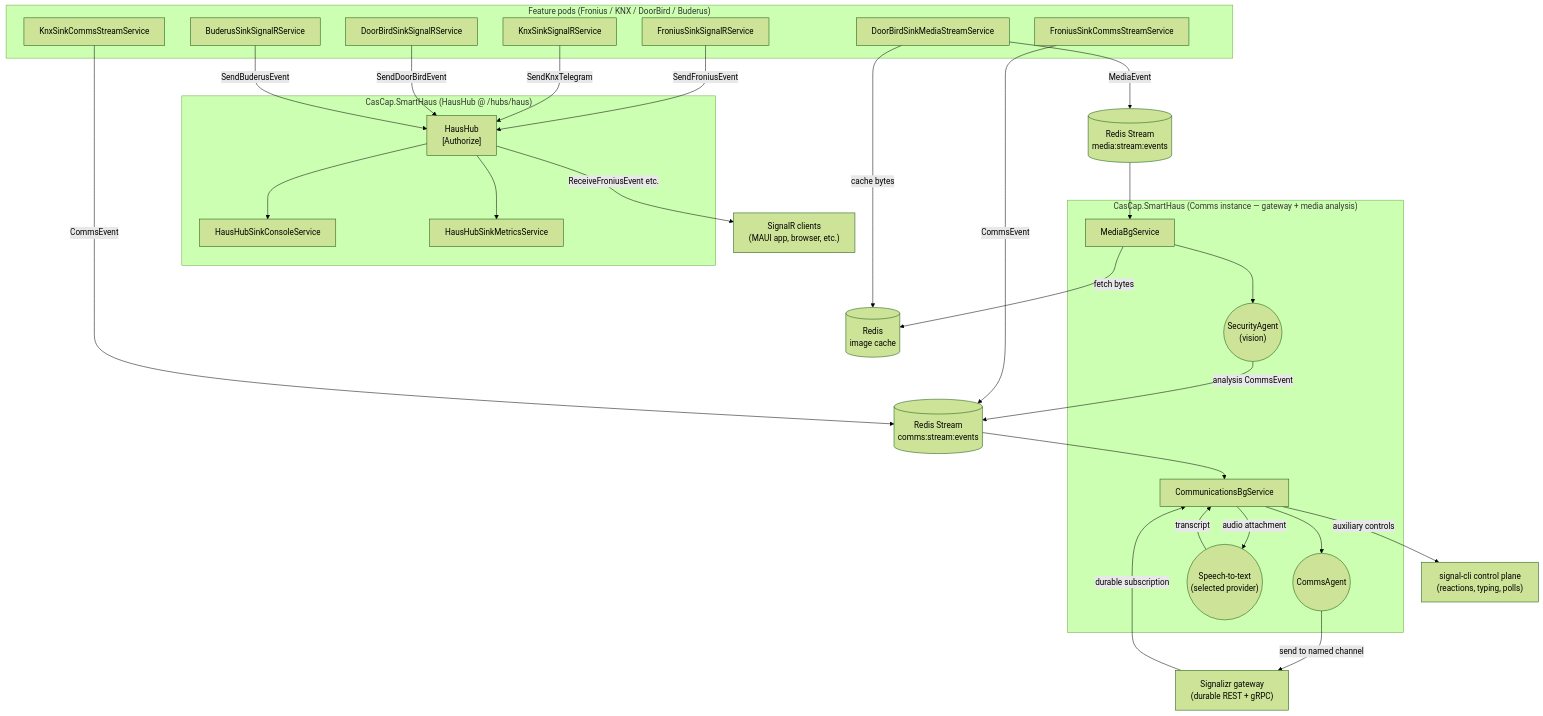
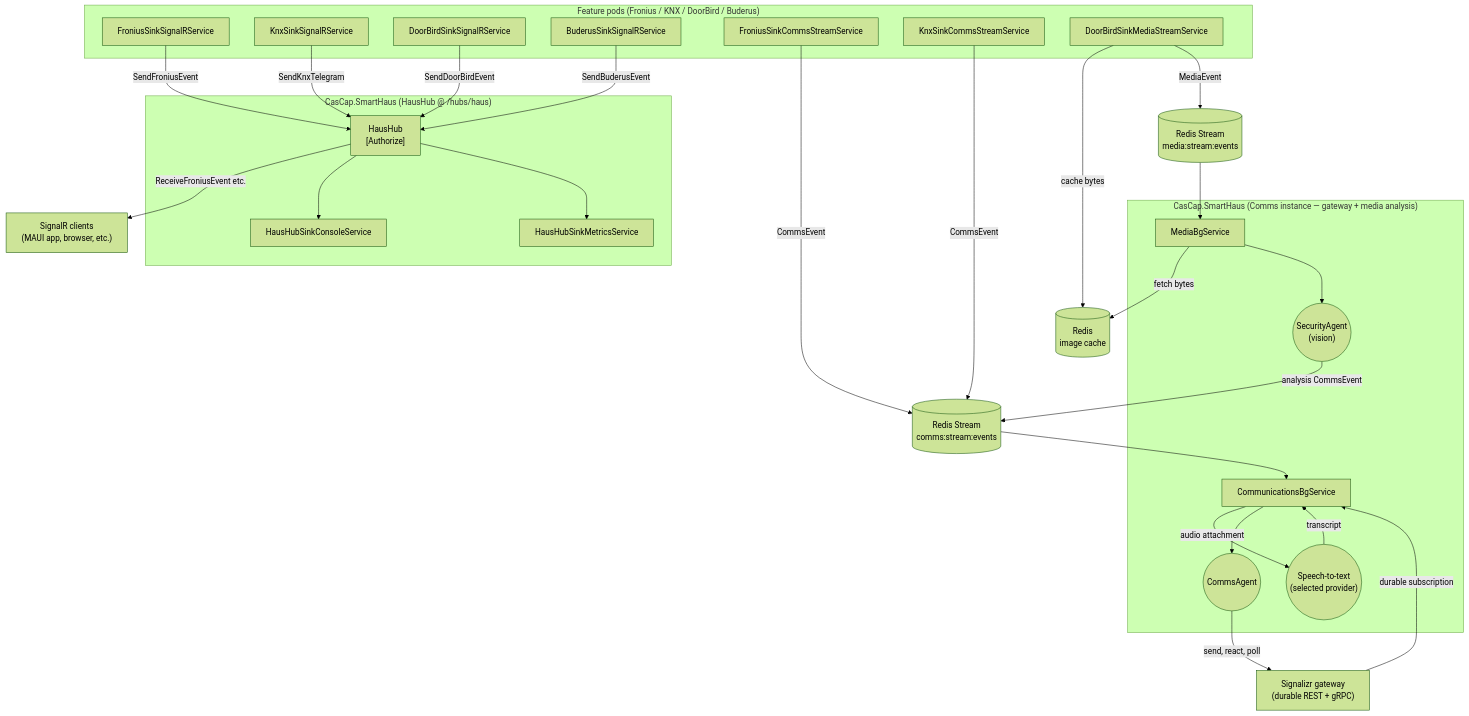
One commit to f2calv/SmartHaus changed the first of 2 diagrams in README.md. Above: the diagram before and after it, drawn with Mermaid (forest theme). The commit also changed other lines of this file and 40 other files, not shown here.

First line of the commit message:
feat(comms): route every Signal operation through Signalizr

````diff
--- a/README.md
+++ b/README.md
@@ -143,63 +139,61 @@
 ```mermaid
 flowchart TD
     subgraph FeaturePods["Feature pods (Fronius / KNX / DoorBird / Buderus)"]
         FRONIUS_SINK["FroniusSinkSignalRService"]
         KNX_SINK["KnxSinkSignalRService"]
         DOORBIRD_SINK["DoorBirdSinkSignalRService"]
         BUDERUS_SINK["BuderusSinkSignalRService"]
         FRONIUS_COMMS["FroniusSinkCommsStreamService"]
         KNX_COMMS["KnxSinkCommsStreamService"]
         DOORBIRD_MEDIA["DoorBirdSinkMediaStreamService"]
     end
 
     subgraph Hub["CasCap.SmartHaus (HausHub @ /hubs/haus)"]
         HAUSHUB["HausHub\n[Authorize]"]
         HUB_CONSOLE["HausHubSinkConsoleService"]
         HUB_METRICS["HausHubSinkMetricsService"]
     end
 
     subgraph Comms["CasCap.SmartHaus (Comms instance — gateway + media analysis)"]
         COMMS_BG["CommunicationsBgService"]
         COMMS_AGENT(("CommsAgent"))
         STT(("Speech-to-text\n(selected provider)"))
         MEDIA_BG["MediaBgService"]
         SECURITY_AGENT(("SecurityAgent\n(vision)"))
     end
 
     MEDIA_STREAM[("Redis Stream\nmedia:stream:events")]
     COMMS_STREAM[("Redis Stream\ncomms:stream:events")]
     REDIS_CACHE[("Redis\nimage cache")]
     CLIENTS["SignalR clients\n(MAUI app, browser, etc.)"]
     SIGNALIZR["Signalizr gateway\n(durable REST + gRPC)"]
-    SIGNALCLI["signal-cli control plane\n(reactions, typing, polls)"]
 
     %% SignalR path
     FRONIUS_SINK -->|SendFroniusEvent| HAUSHUB
     KNX_SINK -->|SendKnxTelegram| HAUSHUB
     DOORBIRD_SINK -->|SendDoorBirdEvent| HAUSHUB
     BUDERUS_SINK -->|SendBuderusEvent| HAUSHUB
     HAUSHUB -->|ReceiveFroniusEvent etc.| CLIENTS
     HAUSHUB --> HUB_CONSOLE
     HAUSHUB --> HUB_METRICS
 
     %% Comms stream path (text events)
     FRONIUS_COMMS -->|CommsEvent| COMMS_STREAM
     KNX_COMMS -->|CommsEvent| COMMS_STREAM
 
     %% Media stream path (binary media)
     DOORBIRD_MEDIA -->|cache bytes| REDIS_CACHE
     DOORBIRD_MEDIA -->|MediaEvent| MEDIA_STREAM
     MEDIA_STREAM --> MEDIA_BG
     MEDIA_BG -->|fetch bytes| REDIS_CACHE
     MEDIA_BG --> SECURITY_AGENT
     SECURITY_AGENT -->|analysis CommsEvent| COMMS_STREAM
 
     %% CommsAgent gateway
     COMMS_STREAM --> COMMS_BG
     COMMS_BG -->|audio attachment| STT
     STT -->|transcript| COMMS_BG
     COMMS_BG --> COMMS_AGENT
-    COMMS_AGENT -->|send to named channel| SIGNALIZR
+    COMMS_AGENT -->|send, react, poll| SIGNALIZR
     SIGNALIZR -->|durable subscription| COMMS_BG
-    COMMS_BG -->|auxiliary controls| SIGNALCLI
 ```
````
